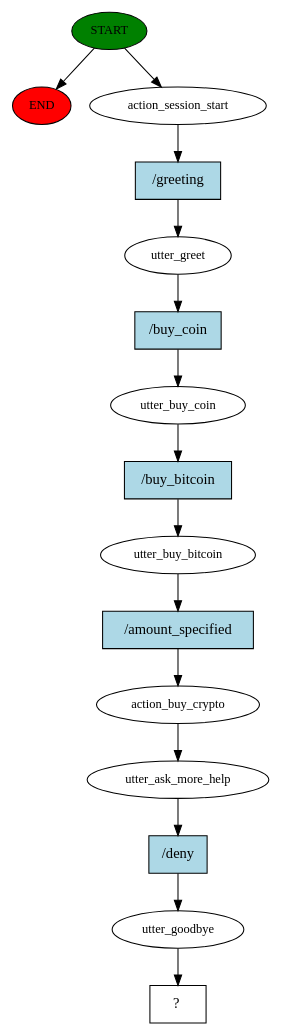
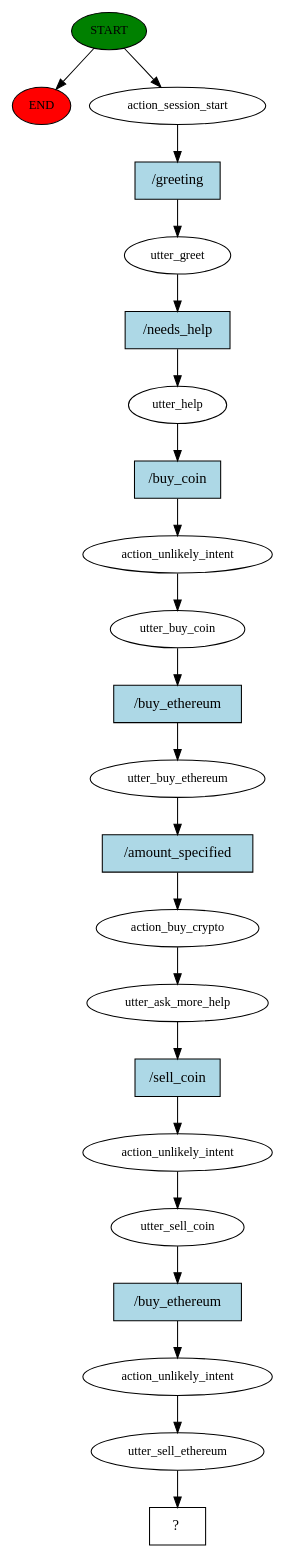
Before and after one commit to secMathias/Rasa-Chatbot: the diagram in rasa-2.0/story_graph.dot, drawn with Graphviz. The commit also changed 484 other files, not shown here.

```diff
--- a/rasa-2.0/story_graph.dot
+++ b/rasa-2.0/story_graph.dot
@@ -1,31 +1,45 @@
 digraph  {
 0 [class="start active", fillcolor=green, fontsize=12, label=START, style=filled];
 "-1" [class=end, fillcolor=red, fontsize=12, label=END, style=filled];
 1 [class=active, fontsize=12, label=action_session_start];
 2 [class=active, fontsize=12, label=utter_greet];
-3 [class=active, fontsize=12, label=utter_buy_coin];
-4 [class=active, fontsize=12, label=utter_buy_bitcoin];
-5 [class=active, fontsize=12, label=action_buy_crypto];
-6 [class=active, fontsize=12, label=utter_ask_more_help];
-7 [class=active, fontsize=12, label=utter_goodbye];
-8 [class="intent dashed active", label="  ?  ", shape=rect];
-9 [class="intent active", fillcolor=lightblue, label="/greeting", shape=rect, style=filled];
-10 [class="intent active", fillcolor=lightblue, label="/buy_coin", shape=rect, style=filled];
-11 [class="intent active", fillcolor=lightblue, label="/buy_bitcoin", shape=rect, style=filled];
-12 [class="intent active", fillcolor=lightblue, label="/amount_specified", shape=rect, style=filled];
-13 [class="intent active", fillcolor=lightblue, label="/deny", shape=rect, style=filled];
+3 [class=active, fontsize=12, label=utter_help];
+4 [class=active, fontsize=12, label=action_unlikely_intent];
+5 [class=active, fontsize=12, label=utter_buy_coin];
+6 [class=active, fontsize=12, label=utter_buy_ethereum];
+7 [class=active, fontsize=12, label=action_buy_crypto];
+8 [class=active, fontsize=12, label=utter_ask_more_help];
+9 [class=active, fontsize=12, label=action_unlikely_intent];
+10 [class=active, fontsize=12, label=utter_sell_coin];
+11 [class=active, fontsize=12, label=action_unlikely_intent];
+12 [class=active, fontsize=12, label=utter_sell_ethereum];
+13 [class="intent dashed active", label="  ?  ", shape=rect];
+14 [class="intent active", fillcolor=lightblue, label="/greeting", shape=rect, style=filled];
+15 [class="intent active", fillcolor=lightblue, label="/needs_help", shape=rect, style=filled];
+16 [class="intent active", fillcolor=lightblue, label="/buy_coin", shape=rect, style=filled];
+17 [class="intent active", fillcolor=lightblue, label="/buy_ethereum", shape=rect, style=filled];
+18 [class="intent active", fillcolor=lightblue, label="/amount_specified", shape=rect, style=filled];
+19 [class="intent active", fillcolor=lightblue, label="/sell_coin", shape=rect, style=filled];
+20 [class="intent active", fillcolor=lightblue, label="/buy_ethereum", shape=rect, style=filled];
 0 -> "-1"  [class="", key=NONE, label=""];
 0 -> 1  [class=active, key=NONE, label=""];
-1 -> 9  [class=active, key=0];
-2 -> 10  [class=active, key=0];
-3 -> 11  [class=active, key=0];
-4 -> 12  [class=active, key=0];
-5 -> 6  [class=active, key=NONE, label=""];
-6 -> 13  [class=active, key=0];
+1 -> 14  [class=active, key=0];
+2 -> 15  [class=active, key=0];
+3 -> 16  [class=active, key=0];
+4 -> 5  [class=active, key=NONE, label=""];
+5 -> 17  [class=active, key=0];
+6 -> 18  [class=active, key=0];
 7 -> 8  [class=active, key=NONE, label=""];
-9 -> 2  [class=active, key=0];
-10 -> 3  [class=active, key=0];
-11 -> 4  [class=active, key=0];
-12 -> 5  [class=active, key=0];
-13 -> 7  [class=active, key=0];
+8 -> 19  [class=active, key=0];
+9 -> 10  [class=active, key=NONE, label=""];
+10 -> 20  [class=active, key=0];
+11 -> 12  [class=active, key=NONE, label=""];
+12 -> 13  [class=active, key=NONE, label=""];
+14 -> 2  [class=active, key=0];
+15 -> 3  [class=active, key=0];
+16 -> 4  [class=active, key=0];
+17 -> 6  [class=active, key=0];
+18 -> 7  [class=active, key=0];
+19 -> 9  [class=active, key=0];
+20 -> 11  [class=active, key=0];
 }
```
